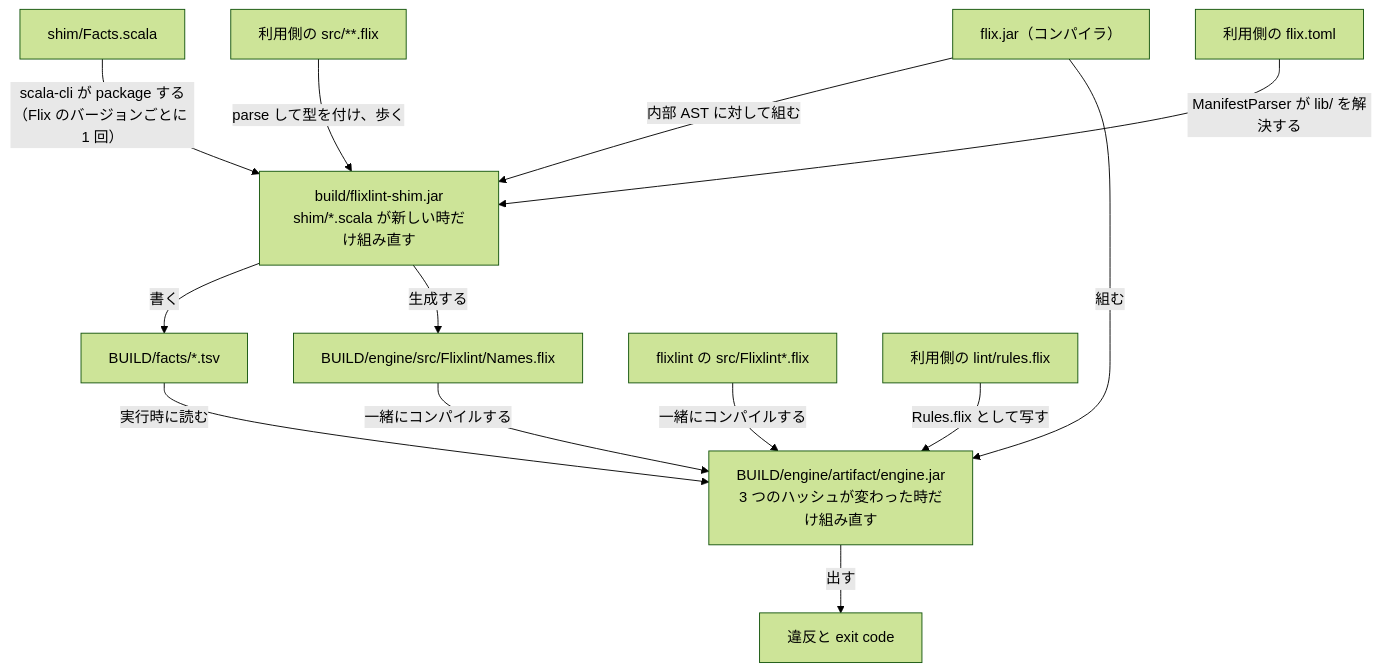
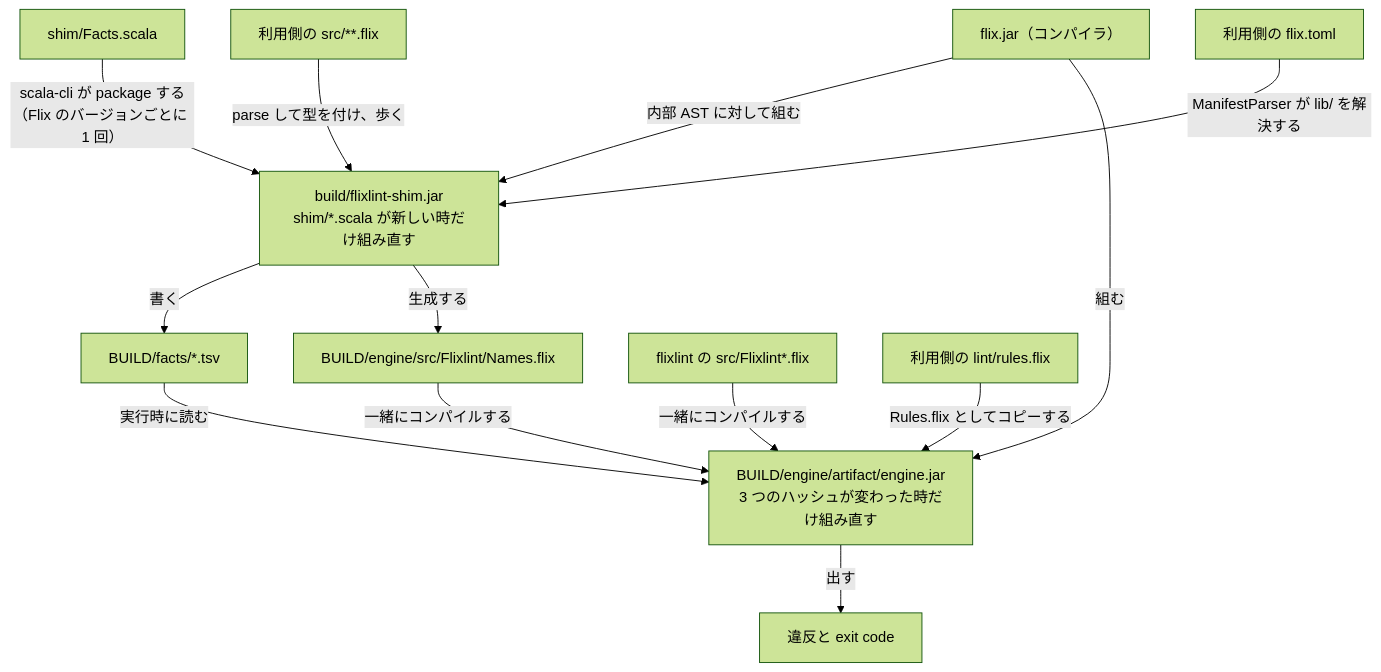
Before and after one commit to ababup1192/flixlint: the third of 4 diagrams in README.md, drawn with Mermaid (forest theme).

Commit message:
図のラベルの「写す」をコピーにする（業界の言葉に揃える）

````diff
--- a/README.md
+++ b/README.md
@@ -393,15 +393,15 @@
 ```mermaid
 flowchart TD
     scala["shim/Facts.scala"] -->|"scala-cli が package する（Flix のバージョンごとに 1 回）"| shimjar
     flixjar["flix.jar（コンパイラ）"] -->|"内部 AST に対して組む"| shimjar["build/flixlint-shim.jar<br>shim/*.scala が新しい時だけ組み直す"]
     src["利用側の src/**.flix"] -->|"parse して型を付け、歩く"| shimjar
     toml["利用側の flix.toml"] -->|"ManifestParser が lib/ を解決する"| shimjar
     shimjar -->|"書く"| facts["BUILD/facts/*.tsv"]
     shimjar -->|"生成する"| names["BUILD/engine/src/Flixlint/Names.flix"]
     names -->|"一緒にコンパイルする"| engine["BUILD/engine/artifact/engine.jar<br>3 つのハッシュが変わった時だけ組み直す"]
     lib["flixlint の src/Flixlint*.flix"] -->|"一緒にコンパイルする"| engine
-    rules["利用側の lint/rules.flix"] -->|"Rules.flix として写す"| engine
+    rules["利用側の lint/rules.flix"] -->|"Rules.flix としてコピーする"| engine
     flixjar -->|"組む"| engine
     facts -->|"実行時に読む"| engine
     engine -->|"出す"| report["違反と exit code"]
 ```
````
